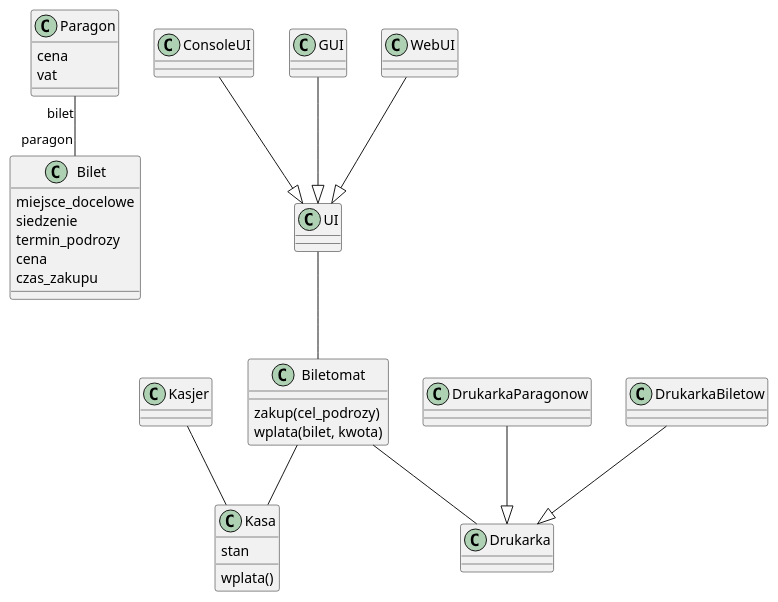
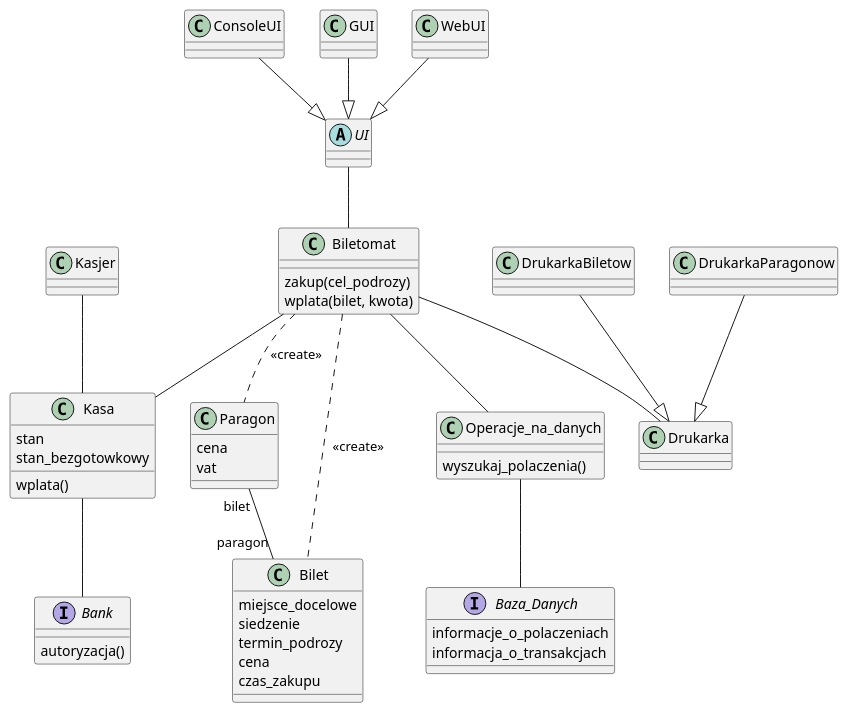
The diagram in dzienne/G2/pkp_class_diagram.plantuml (kpodlaski/Projektowanie_obiektowe2020), drawn with PlantUML before and after one commit.

Commit message:
zajęcia 10.12.2020

```diff
--- a/dzienne/G2/pkp_class_diagram.plantuml
+++ b/dzienne/G2/pkp_class_diagram.plantuml
@@ -1,49 +1,67 @@
 @startuml
 
 class Bilet{
     miejsce_docelowe
     siedzenie
     termin_podrozy
     cena 
     czas_zakupu
     'paragon opisane przez asocjację
 }
 
 class Paragon{
     'bilet opisane przez asocjację
     cena
     vat
 }
 
 
 class Kasjer{
 
 }
 
 class Biletomat{
     zakup(cel_podrozy)
     wplata(bilet, kwota)
 }
 
 class Kasa{
     stan
+    stan_bezgotowkowy
     wplata()
 }
 
-class UI{}
+interface Bank{
+    autoryzacja()
+}
+
+abstract class UI{}
 
 class Drukarka{}
 
+class Operacje_na_danych{
+    wyszukaj_polaczenia()
+}
 
+interface Baza_Danych{
+    informacje_o_polaczeniach
+    informacja_o_transakcjach
+}
 
 Paragon "bilet" -- "paragon" Bilet
 Biletomat -- Kasa
 Kasjer -- Kasa 
 DrukarkaParagonow --|> Drukarka
 DrukarkaBiletow --|> Drukarka
 Biletomat -- Drukarka
 UI -- Biletomat
 ConsoleUI --|> UI
 GUI --|> UI
 WebUI --|> UI
+Operacje_na_danych -- Baza_Danych
+Biletomat -- Operacje_na_danych
+Kasa -- Bank
+
+Biletomat .. Bilet : <<create>>
+Biletomat .. Paragon : <<create>>
 @enduml
```
